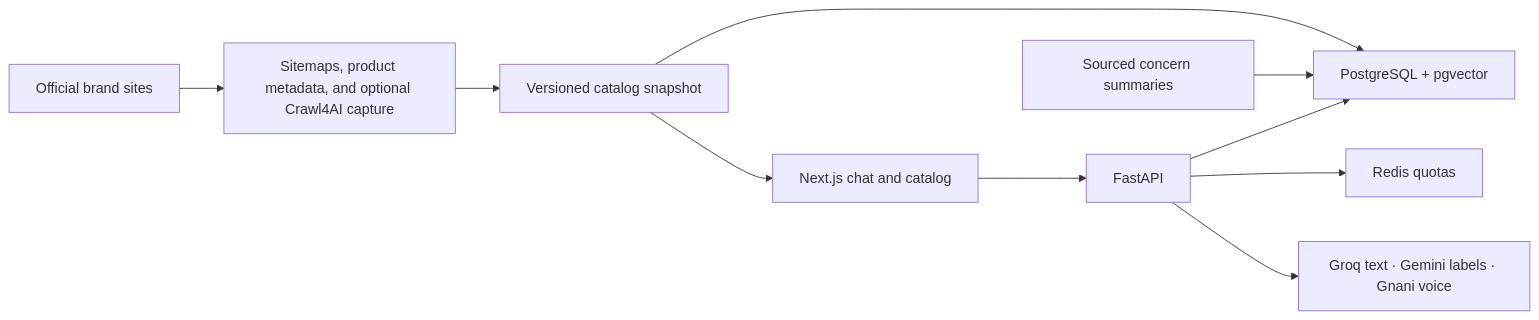
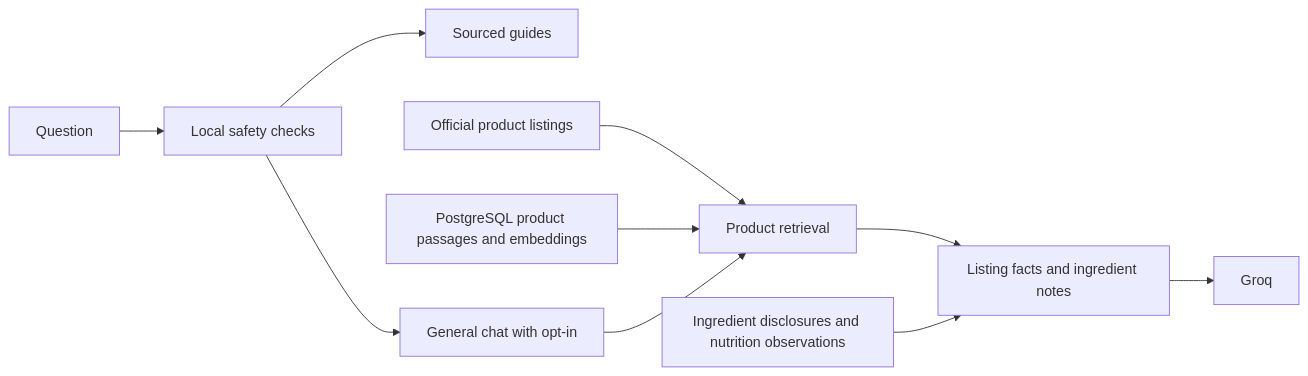
The diagram in README.md (arshchatrath/vivek), drawn with Mermaid before and after one commit. The commit also changed other lines of this file and 17 other files, not shown here.

First line of the commit message:
feat: add opt-in general wellness chat

````diff
--- a/README.md
+++ b/README.md
@@ -35,12 +34,12 @@
 ```mermaid
 flowchart LR
-    Brands["Official brand sites"] --> Ingest["Sitemaps, product metadata, and optional Crawl4AI capture"]
-    Ingest --> Catalog["Versioned catalog snapshot"]
-    Catalog --> Web["Next.js chat and catalog"]
-    Catalog --> DB["PostgreSQL + pgvector"]
-    Guidance["Sourced concern summaries"] --> DB
-    Web --> API["FastAPI"]
-    API --> DB
-    API --> Redis["Redis quotas"]
-    API --> Providers["Groq text · Gemini labels · Gnani voice"]
+    Question["Question"] --> Safety["Local safety checks"]
+    Safety --> Guides["Sourced guides"]
+    Safety --> Consent["General chat with opt-in"]
+    Catalog["Official product listings"] --> Search["Product retrieval"]
+    Index["PostgreSQL product passages and embeddings"] --> Search
+    Consent --> Search
+    Search --> Context["Listing facts and ingredient notes"]
+    Captures["Ingredient disclosures and nutrition observations"] --> Context
+    Context --> Groq["Groq"]
 ```
````
